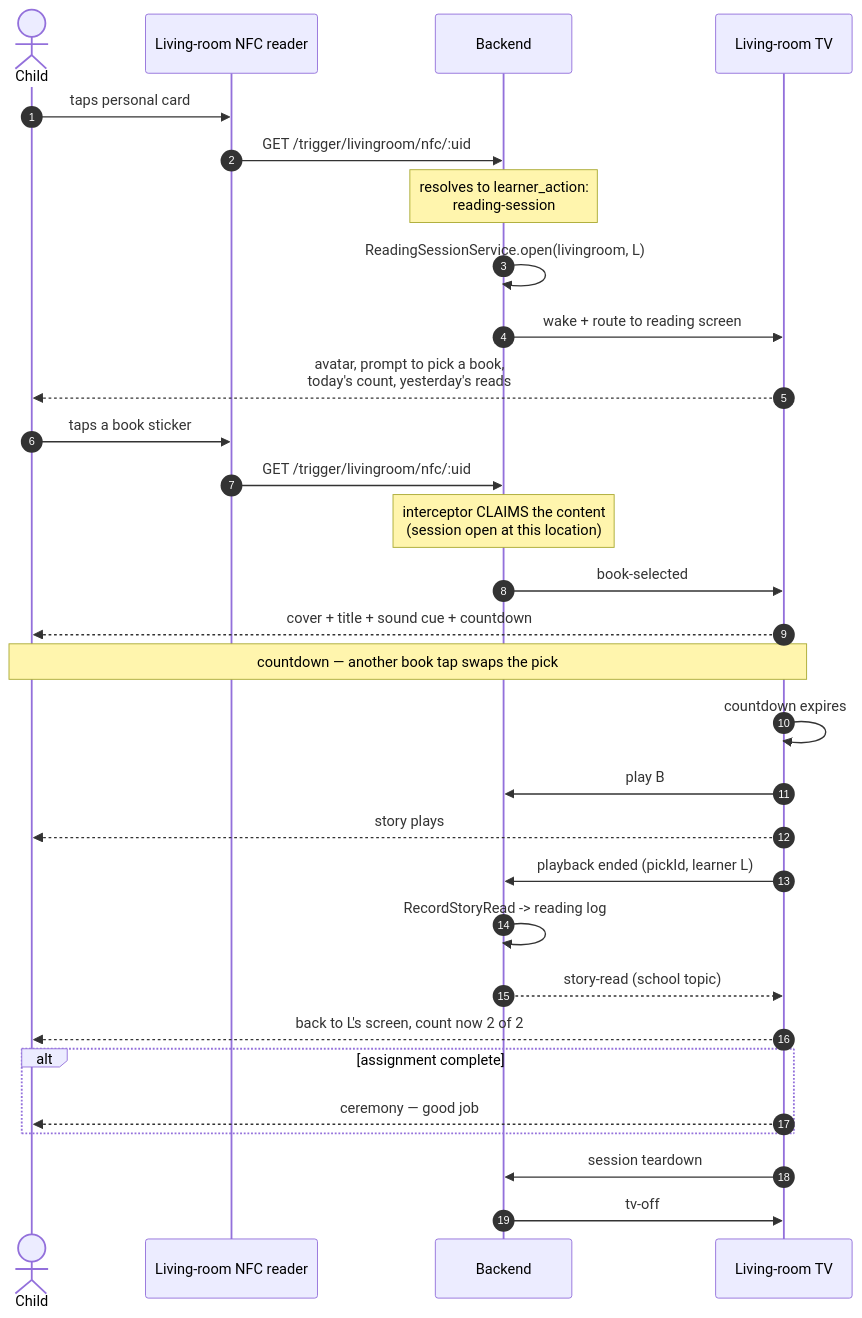
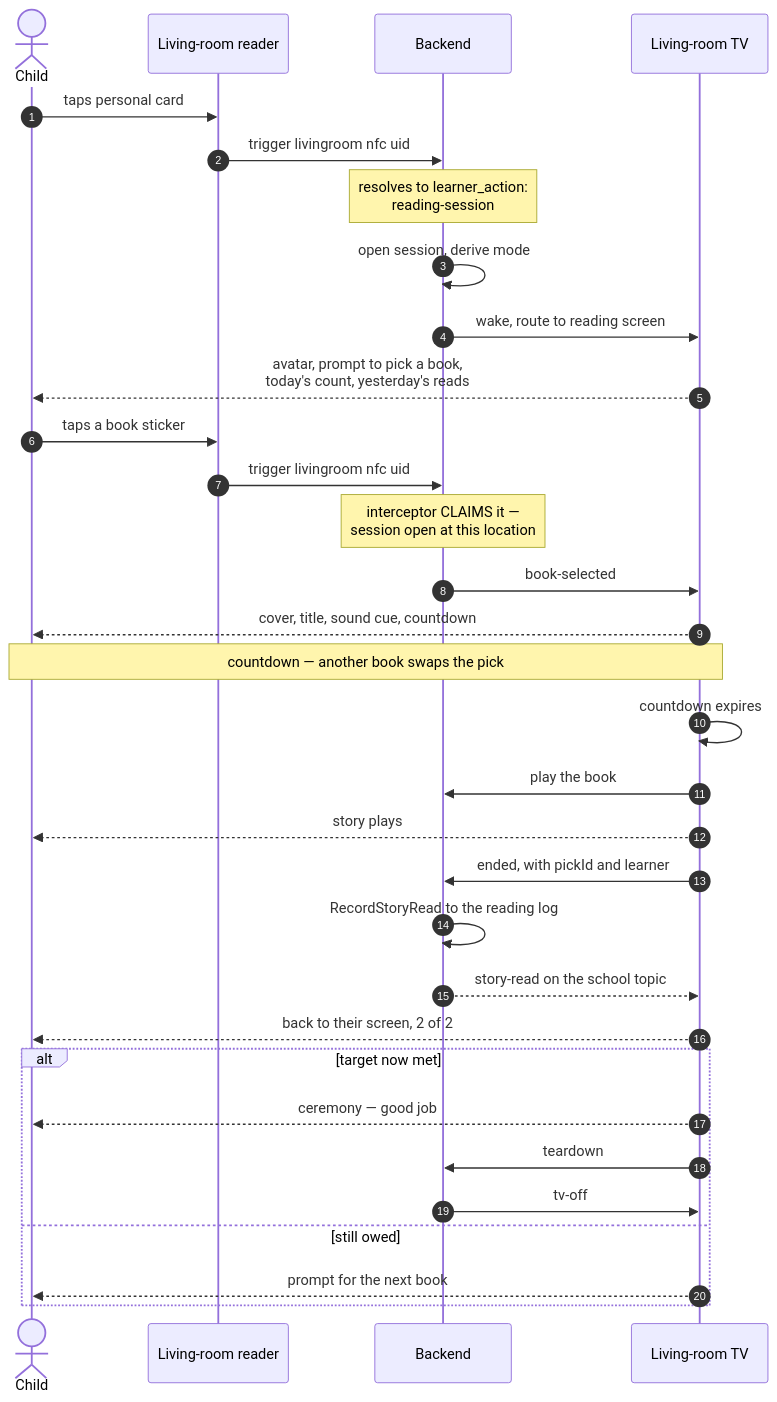
One commit to kckern/DaylightStation changed the first of 4 diagrams in docs/reference/school/reading-sessions.md. Above: the diagram before and after it, drawn with Mermaid. The commit also changed other lines of this file and 1 other file, not shown here.

First line of the commit message:
docs(school): settle the reading-session state machine

````diff
--- a/docs/reference/school/reading-sessions.md
+++ b/docs/reference/school/reading-sessions.md
@@ -89,38 +109,40 @@
 ```mermaid
 sequenceDiagram
     autonumber
     actor K as Child
-    participant R as Living-room NFC reader
+    participant R as Living-room reader
     participant B as Backend
     participant TV as Living-room TV
 
     K->>R: taps personal card
-    R->>B: GET /trigger/livingroom/nfc/:uid
+    R->>B: trigger livingroom nfc uid
     Note over B: resolves to learner_action:<br/>reading-session
-    B->>B: ReadingSessionService.open(livingroom, L)
-    B->>TV: wake + route to reading screen
+    B->>B: open session, derive mode
+    B->>TV: wake, route to reading screen
     TV-->>K: avatar, prompt to pick a book,<br/>today's count, yesterday's reads
 
     K->>R: taps a book sticker
-    R->>B: GET /trigger/livingroom/nfc/:uid
-    Note over B: interceptor CLAIMS the content<br/>(session open at this location)
+    R->>B: trigger livingroom nfc uid
+    Note over B: interceptor CLAIMS it —<br/>session open at this location
     B->>TV: book-selected
-    TV-->>K: cover + title + sound cue + countdown
+    TV-->>K: cover, title, sound cue, countdown
 
-    Note over K,TV: countdown — another book tap swaps the pick
+    Note over K,TV: countdown — another book swaps the pick
 
     TV->>TV: countdown expires
-    TV->>B: play B
+    TV->>B: play the book
     TV-->>K: story plays
 
-    TV->>B: playback ended (pickId, learner L)
-    B->>B: RecordStoryRead -> reading log
-    B-->>TV: story-read (school topic)
-    TV-->>K: back to L's screen, count now 2 of 2
+    TV->>B: ended, with pickId and learner
+    B->>B: RecordStoryRead to the reading log
+    B-->>TV: story-read on the school topic
+    TV-->>K: back to their screen, 2 of 2
 
-    alt assignment complete
+    alt target now met
         TV-->>K: ceremony — good job
+        TV->>B: teardown
+        B->>TV: tv-off
+    else still owed
+        TV-->>K: prompt for the next book
     end
-    TV->>B: session teardown
-    B->>TV: tv-off
 ```
````
